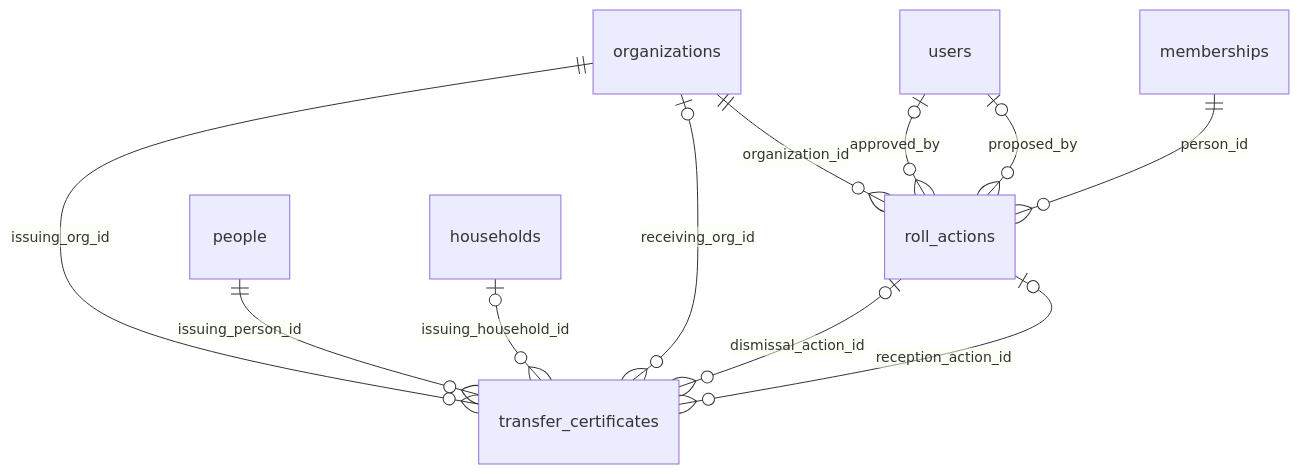
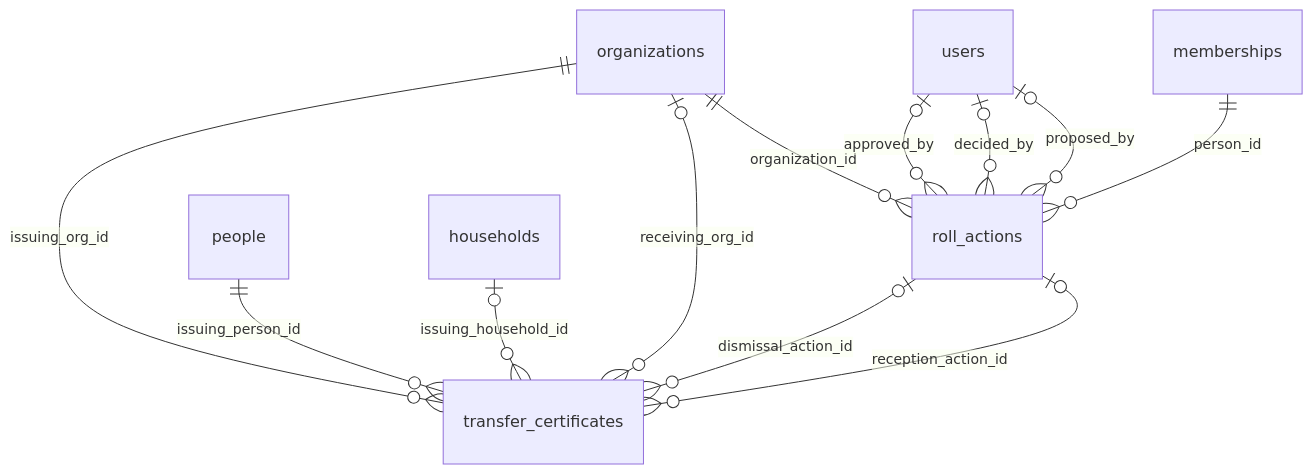
Before and after one commit to chenson42/presby: the fourth of 11 diagrams in docs/schema-design.md, drawn with Mermaid. The commit also changed other lines of this file and 11 other files, not shown here.

````diff
--- a/docs/schema-design.md
+++ b/docs/schema-design.md
@@ -158,13 +158,14 @@
 ```mermaid
 erDiagram
   organizations ||--o{ roll_actions : "organization_id"
   users |o--o{ roll_actions : "approved_by"
+  users |o--o{ roll_actions : "decided_by"
   users |o--o{ roll_actions : "proposed_by"
   memberships ||--o{ roll_actions : "person_id"
   organizations ||--o{ transfer_certificates : "issuing_org_id"
   people ||--o{ transfer_certificates : "issuing_person_id"
   households |o--o{ transfer_certificates : "issuing_household_id"
   organizations |o--o{ transfer_certificates : "receiving_org_id"
   roll_actions |o--o{ transfer_certificates : "dismissal_action_id"
   roll_actions |o--o{ transfer_certificates : "reception_action_id"
 ```
````
